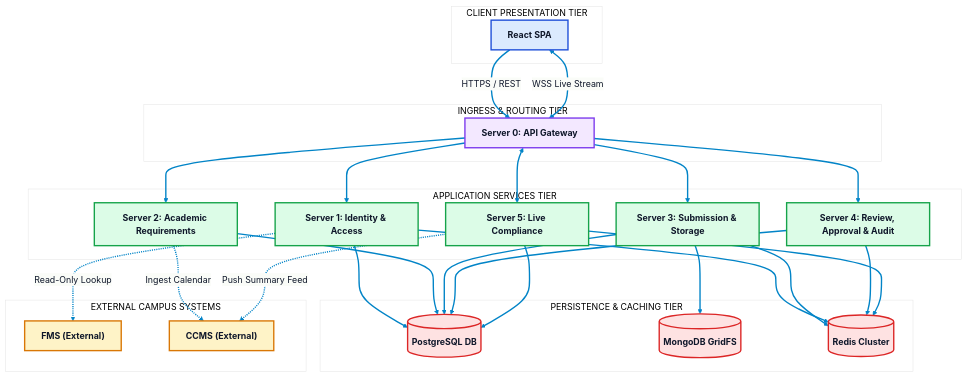
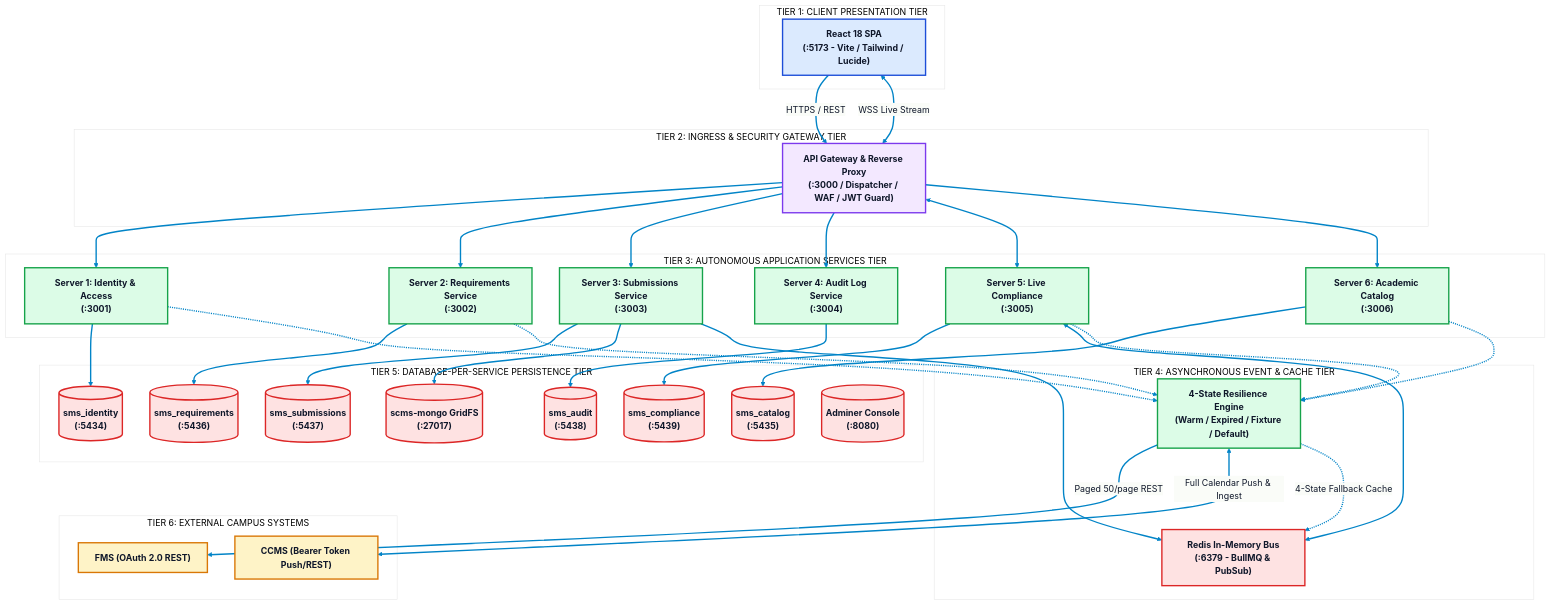
One commit to EducRodTablizo/Capstone-SCMS changed the sixth of 8 diagrams in docs/system_architecture_and_diagrams.md. Above: the diagram before and after it, drawn with Mermaid. The commit also changed other lines of this file and 33 other files, not shown here.

````diff
--- a/docs/system_architecture_and_diagrams.md
+++ b/docs/system_architecture_and_diagrams.md
@@ -530,62 +578,78 @@
 ```mermaid
 %%{init: {'theme': 'base', 'themeVariables': { 'background': '#FFFFFF', 'primaryColor': '#F8FAFC', 'primaryTextColor': '#0F172A', 'primaryBorderColor': '#1E293B', 'lineColor': '#0284C7' }}}%%
 flowchart TB
     classDef client fill:#DBEAFE,stroke:#1D4ED8,stroke-width:2.5px,color:#0F172A,font-weight:bold;
     classDef gate fill:#F3E8FF,stroke:#7C3AED,stroke-width:2.5px,color:#0F172A,font-weight:bold;
     classDef service fill:#DCFCE7,stroke:#16A34A,stroke-width:2.5px,color:#0F172A,font-weight:bold;
     classDef db fill:#FEE2E2,stroke:#DC2626,stroke-width:2.5px,color:#0F172A,font-weight:bold;
     classDef ext fill:#FEF3C7,stroke:#D97706,stroke-width:2.5px,color:#0F172A,font-weight:bold;
 
-    subgraph Client_Tier [" CLIENT PRESENTATION TIER "]
-        ReactSPA["React SPA"]:::client
+    subgraph Client_Tier [" TIER 1: CLIENT PRESENTATION TIER "]
+        ReactSPA["React 18 SPA<br/>(:5173 - Vite / Tailwind / Lucide)"]:::client
     end
 
-    subgraph Gateway_Tier [" INGRESS & ROUTING TIER "]
-        APIGateway["Server 0: API Gateway"]:::gate
+    subgraph Gateway_Tier [" TIER 2: INGRESS & SECURITY GATEWAY TIER "]
+        APIGateway["API Gateway & Reverse Proxy<br/>(:3000 / Dispatcher / WAF / JWT Guard)"]:::gate
     end
 
-    subgraph Services_Tier [" APPLICATION SERVICES TIER "]
-        S1["Server 1: Identity & Access"]:::service
-        S2["Server 2: Academic Requirements"]:::service
-        S3["Server 3: Submission & Storage"]:::service
-        S4["Server 4: Review, Approval & Audit"]:::service
-        S5["Server 5: Live Compliance"]:::service
+    subgraph Services_Tier [" TIER 3: AUTONOMOUS APPLICATION SERVICES TIER "]
+        S1["Server 1: Identity & Access<br/>(:3001)"]:::service
+        S2["Server 2: Requirements Service<br/>(:3002)"]:::service
+        S3["Server 3: Submissions Service<br/>(:3003)"]:::service
+        S4["Server 4: Audit Log Service<br/>(:3004)"]:::service
+        S5["Server 5: Live Compliance<br/>(:3005)"]:::service
+        S6["Server 6: Academic Catalog<br/>(:3006)"]:::service
     end
 
-    subgraph Data_Tier [" PERSISTENCE & CACHING TIER "]
-        PostgresDB[("PostgreSQL DB")]:::db
-        MongoDB[("MongoDB GridFS")]:::db
-        RedisServer[("Redis Cluster")]:::db
+    subgraph Messaging_Tier [" TIER 4: ASYNCHRONOUS EVENT & CACHE TIER "]
+        RedisServer["Redis In-Memory Bus<br/>(:6379 - BullMQ & PubSub)"]:::db
+        CircuitBreaker["4-State Resilience Engine<br/>(Warm / Expired / Fixture / Default)"]:::service
     end
 
-    subgraph External_Tier [" EXTERNAL CAMPUS SYSTEMS "]
-        ExtFMS["FMS (External)"]:::ext
-        ExtCCMS["CCMS (External)"]:::ext
+    subgraph Data_Tier [" TIER 5: DATABASE-PER-SERVICE PERSISTENCE TIER "]
+        DB1[("sms_identity<br/>(:5434)")]:::db
+        DB6[("sms_catalog<br/>(:5435)")]:::db
+        DB2[("sms_requirements<br/>(:5436)")]:::db
+        DB3[("sms_submissions<br/>(:5437)")]:::db
+        MongoGridFS[("scms-mongo GridFS<br/>(:27017)")]:::db
+        DB4[("sms_audit<br/>(:5438)")]:::db
+        DB5[("sms_compliance<br/>(:5439)")]:::db
+        Adminer[("Adminer Console<br/>(:8080)")]:::db
+    end
+
+    subgraph External_Tier [" TIER 6: EXTERNAL CAMPUS SYSTEMS "]
+        ExtFMS["FMS (OAuth 2.0 REST)"]:::ext
+        ExtCCMS["CCMS (Bearer Token Push/REST)"]:::ext
     end
 
     ReactSPA -->|HTTPS / REST| APIGateway
     ReactSPA <-->|WSS Live Stream| APIGateway
 
     APIGateway --> S1
     APIGateway --> S2
     APIGateway --> S3
     APIGateway --> S4
     APIGateway <--> S5
+    APIGateway --> S6
 
-    S1 --> PostgresDB
-    S1 --> RedisServer
-    S2 --> PostgresDB
-    S3 --> PostgresDB
-    S3 --> MongoDB
+    S1 --> DB1
+    S6 --> DB6
+    S2 --> DB2
+    S3 --> DB3
+    S3 --> MongoGridFS
+    S4 --> DB4
+    S5 --> DB5
+    S5 <--> RedisServer
     S3 --> RedisServer
-    S4 --> PostgresDB
-    S4 --> RedisServer
-    S5 --> PostgresDB
-    S5 --> RedisServer
 
-    S1 -.->|Read-Only Lookup| ExtFMS
-    S2 -.->|Ingest Calendar| ExtCCMS
-    S5 -.->|Push Summary Feed| ExtCCMS
+    S1 -.-> CircuitBreaker
+    S6 -.-> CircuitBreaker
+    S2 -.-> CircuitBreaker
+    S5 -.-> CircuitBreaker
+
+    CircuitBreaker -->|Paged 50/page REST| ExtFMS
+    CircuitBreaker <-->|Full Calendar Push & Ingest| ExtCCMS
+    CircuitBreaker -.->|4-State Fallback Cache| RedisServer
 
     linkStyle default stroke:#0284C7,stroke-width:2.5px;
 ```
````
